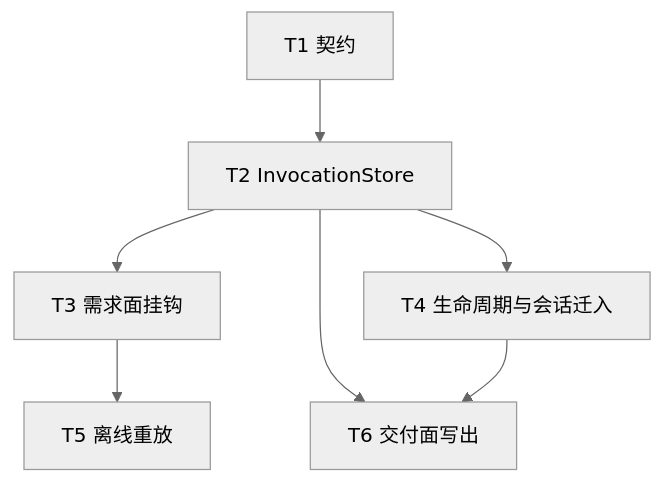
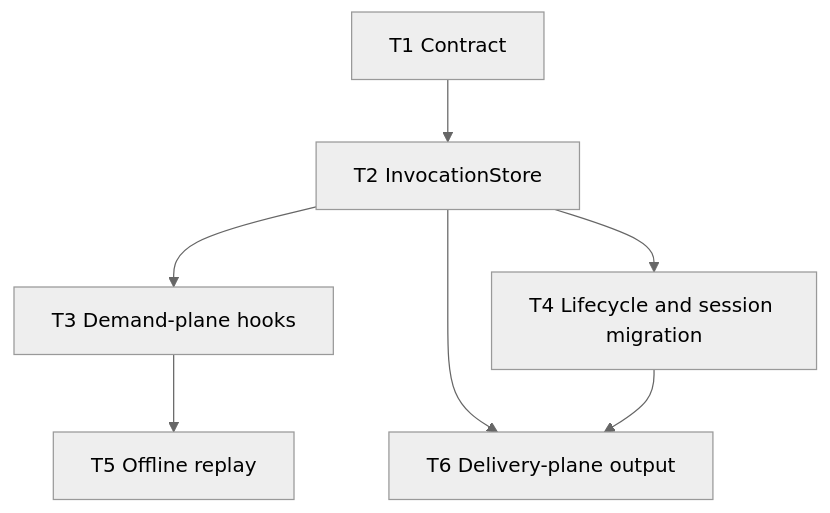
Before and after one commit to Curry09/AHE-Beta: the diagram in docs/specs/0049-role-invocation-io-store.md, drawn with Mermaid (neutral theme). The commit also changed other lines of this file and 531 other files, not shown here.

````diff
--- a/docs/specs/0049-role-invocation-io-store.md
+++ b/docs/specs/0049-role-invocation-io-store.md
@@ -268,15 +268,15 @@
 ```mermaid
 flowchart TD
-  T1[T1 契约]
+  T1[T1 Contract]
   T2[T2 InvocationStore]
-  T3[T3 需求面挂钩]
-  T4[T4 生命周期与会话迁入]
-  T5[T5 离线重放]
-  T6[T6 交付面写出]
+  T3[T3 Demand-plane hooks]
+  T4[T4 Lifecycle and session migration]
+  T5[T5 Offline replay]
+  T6[T6 Delivery-plane output]
   T1 --> T2
   T2 --> T3
   T2 --> T4
   T3 --> T5
   T2 --> T6
   T4 --> T6
 ```
````
